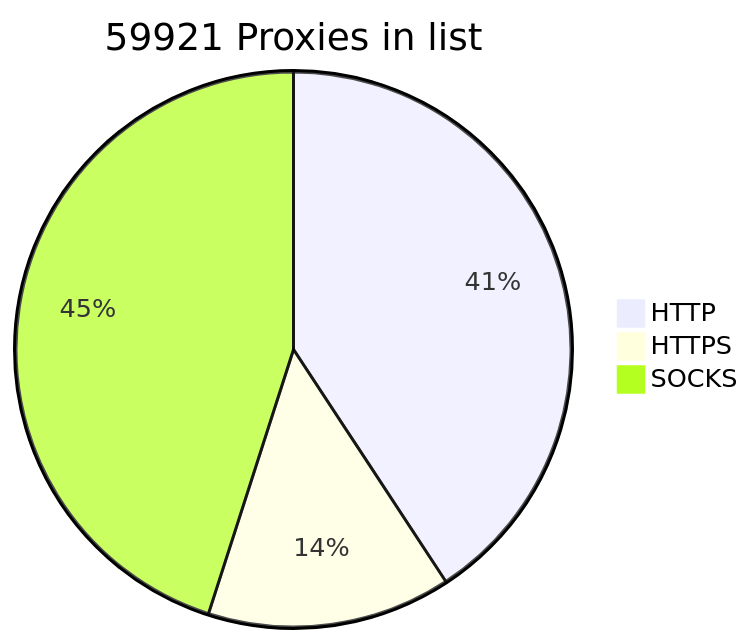
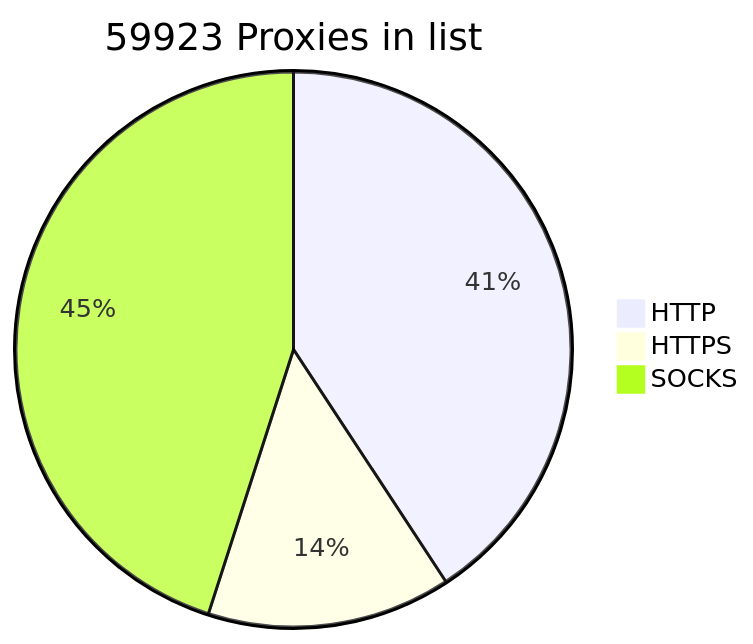
Before and after one commit to BlackSnowDot/proxylist-update-every-minute: the diagram in README.md, drawn with Mermaid.

````diff
--- a/README.md
+++ b/README.md
@@ -2,6 +2,6 @@
 ```mermaid
-pie title 59921 Proxies in list
-    "HTTP" : 27607
-    "HTTPS": 9621
+pie title 59923 Proxies in list
+    "HTTP" : 27610
+    "HTTPS": 9622
     "SOCKS" : 30514
 ```
````
